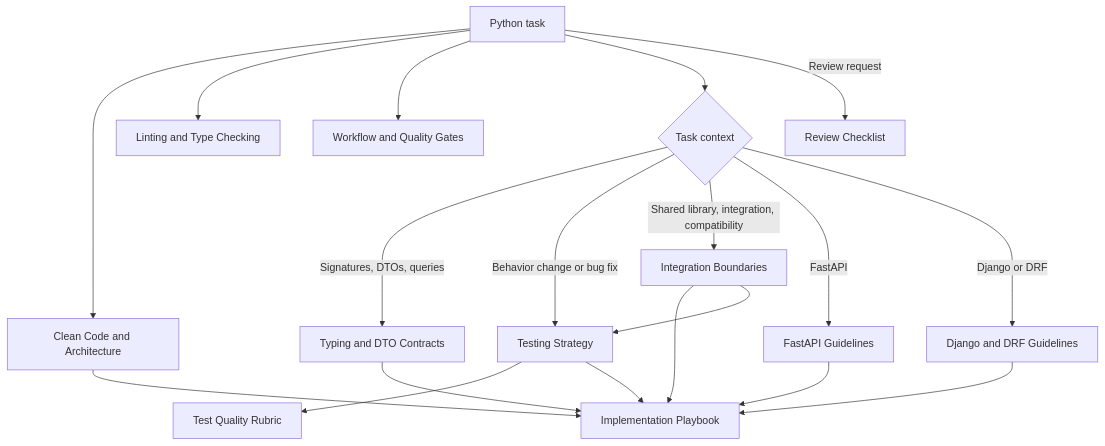
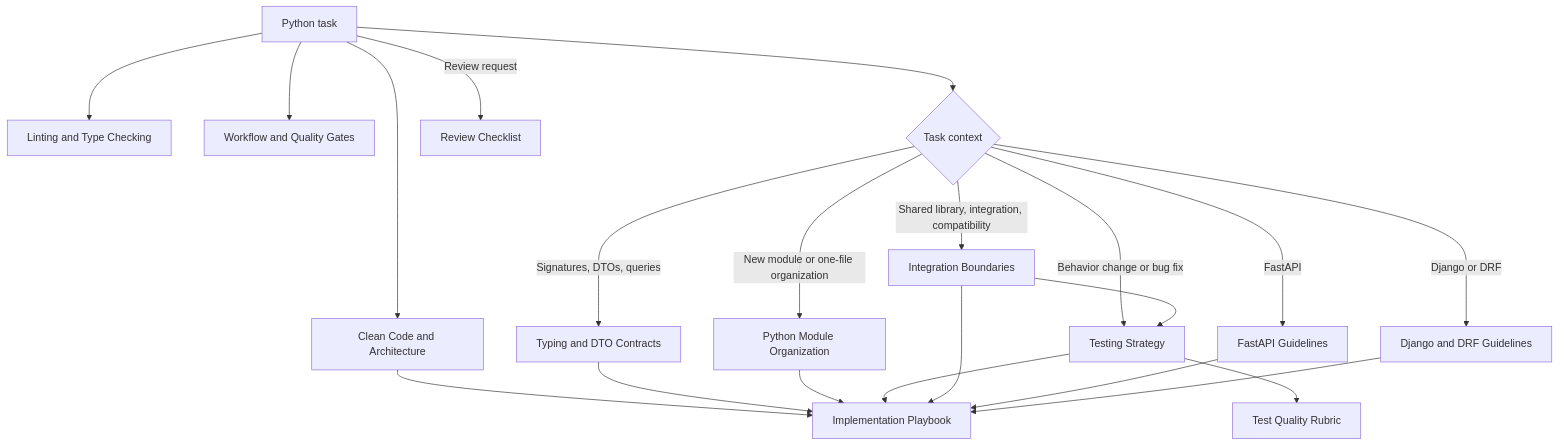
The diagram in 00 Maps/Python Guidelines Context Map.md (allexandrsokollov/main_obsidian_vault), drawn with Mermaid before and after one commit. The commit also changed other lines of this file and 6 other files, not shown here.

Commit message:
Document Python module organization guidance and source provenance

````diff
--- a/00 Maps/Python Guidelines Context Map.md
+++ b/00 Maps/Python Guidelines Context Map.md
@@ -25,21 +25,23 @@
 ```mermaid
 flowchart TD
     A["Python task"] --> C["Clean Code and Architecture"]
     A --> L["Linting and Type Checking"]
     A --> W["Workflow and Quality Gates"]
     A --> T{"Task context"}
     T -->|"Signatures, DTOs, queries"| Y["Typing and DTO Contracts"]
+    T -->|"New module or one-file organization"| M["Python Module Organization"]
     T -->|"Behavior change or bug fix"| X["Testing Strategy"]
     X --> Q["Test Quality Rubric"]
     T -->|"Shared library, integration, compatibility"| B["Integration Boundaries"]
     T -->|"FastAPI"| F["FastAPI Guidelines"]
     T -->|"Django or DRF"| D["Django and DRF Guidelines"]
     C --> I["Implementation Playbook"]
     Y --> I
+    M --> I
     X --> I
     B --> I
     B --> X
     F --> I
     D --> I
     A -->|"Review request"| R["Review Checklist"]
 ```
````
